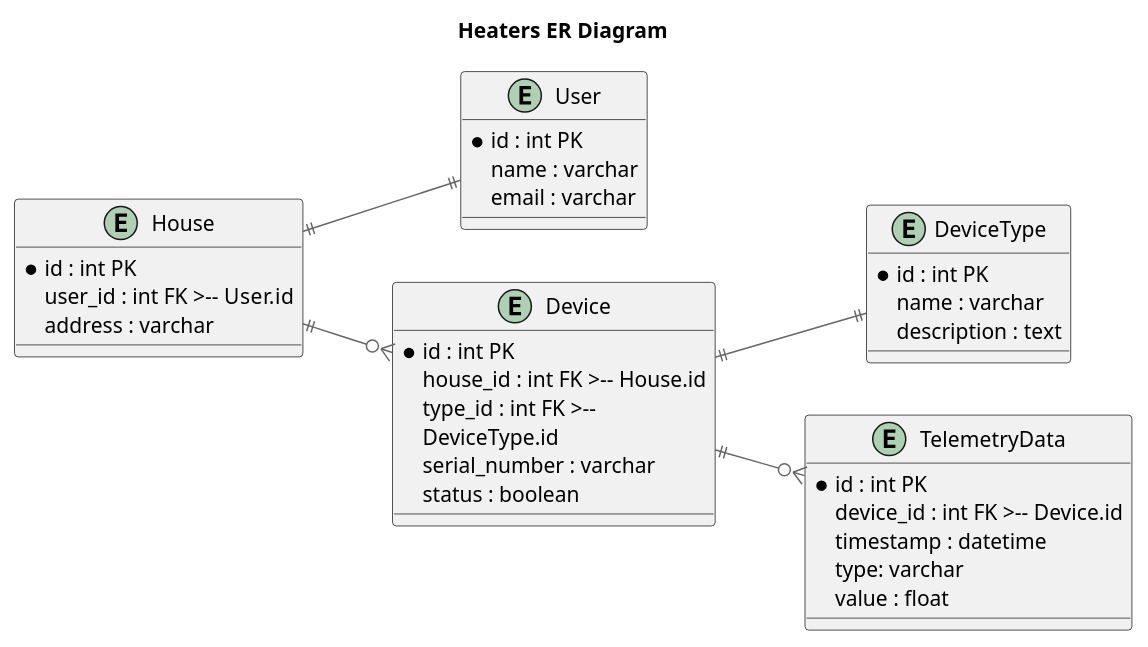
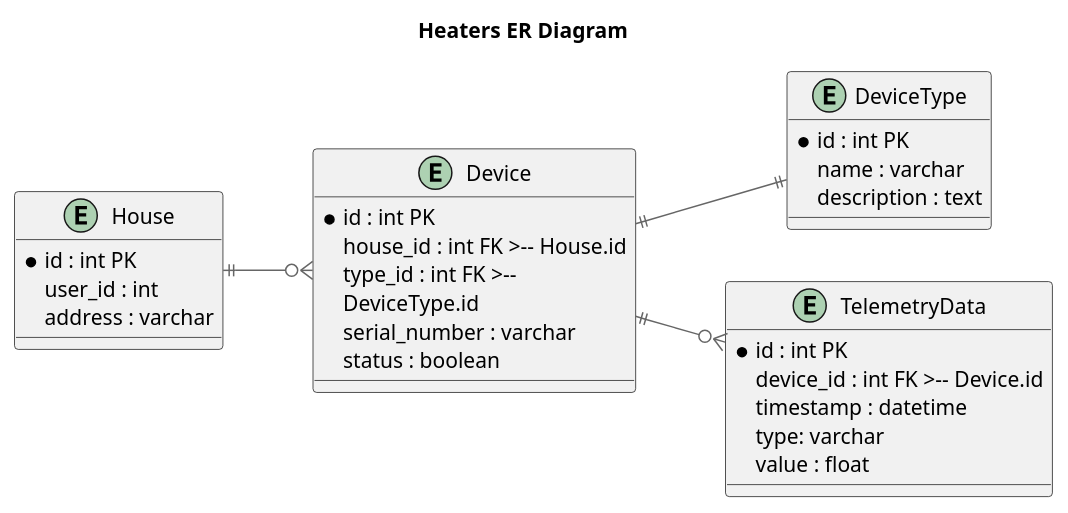
Before and after one commit to Alexander-Minyushkin/arch-sprint-3-task: the diagram in smart-home-monolith/src/diagrams/ER/ER-Heaters.puml, drawn with PlantUML. The commit also changed 1 other file, not shown here.

Commit message:
USers removed from ER

```diff
--- a/smart-home-monolith/src/diagrams/ER/ER-Heaters.puml
+++ b/smart-home-monolith/src/diagrams/ER/ER-Heaters.puml
@@ -1,52 +1,45 @@
 @startuml
 title Heaters ER Diagram
 
 top to bottom direction
 
 !includeurl https://raw.githubusercontent.com/RicardoNiepel/C4-PlantUML/master/C4_Component.puml
 !include <C4/C4_Component>
 left to right direction
 
-entity User {
-    *id : int PK
-    name : varchar
-    email : varchar
-}
-
 entity House {
     *id : int PK
-    user_id : int FK >-- User.id
+    user_id : int 
     address : varchar
 }
 
 entity Device {
     *id : int PK
     house_id : int FK >-- House.id
     type_id : int FK >-- DeviceType.id
     serial_number : varchar
     status : boolean
 }
 
 entity DeviceType {
     *id : int PK
     name : varchar
     description : text
 }
 
 
 entity TelemetryData {
     *id : int PK
     device_id : int FK >-- Device.id
     timestamp : datetime
     type: varchar
     value : float
 }
 
 
 House ||--o{  Device 
 Device ||--||  DeviceType
 Device ||--o{  TelemetryData
-House ||--||  User
 
 
 @enduml
```
